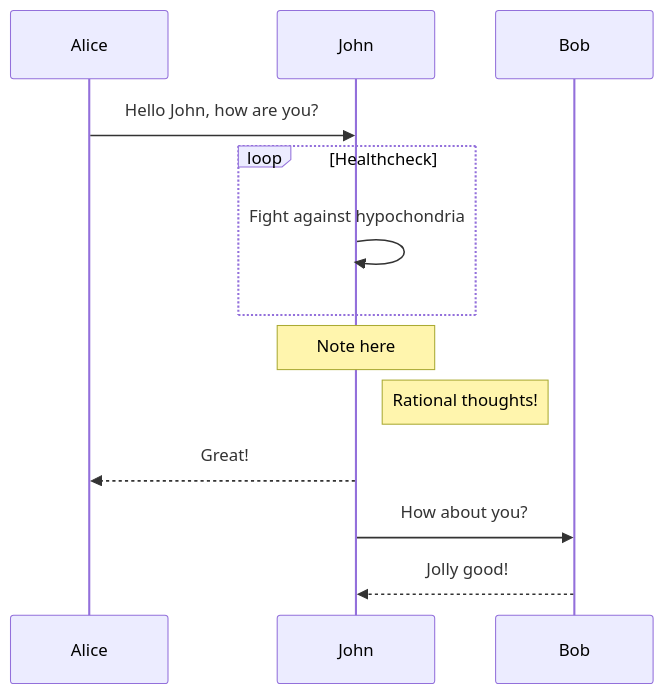
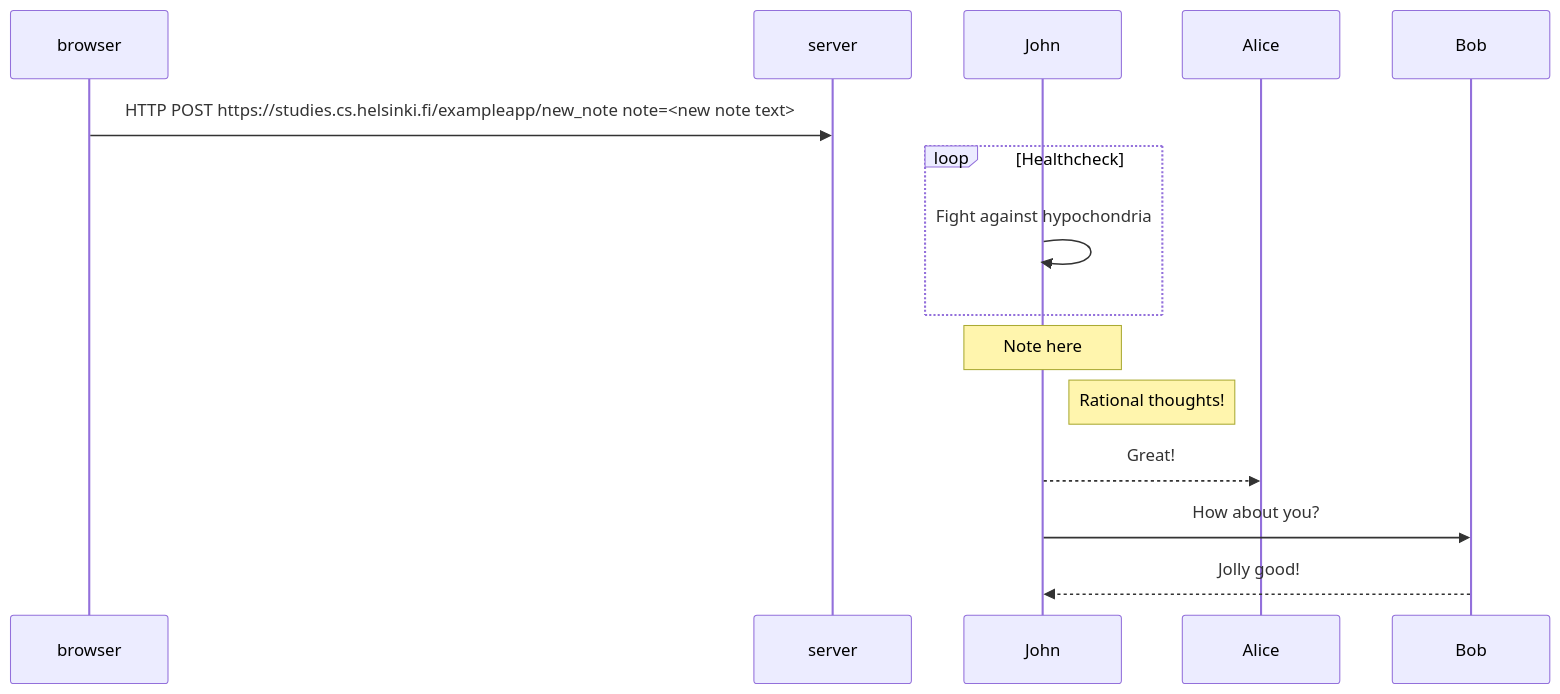
One commit to MikhailZvagelsky/fullstack changed the diagram in part0/0.4-new-note-diagram/diagram.md. Above: the diagram before and after it, drawn with Mermaid.

````diff
--- a/part0/0.4-new-note-diagram/diagram.md
+++ b/part0/0.4-new-note-diagram/diagram.md
@@ -4,12 +4,12 @@
 ```mermaid
 sequenceDiagram
-Alice->>John: Hello John, how are you?
+browser->>server: HTTP POST https://studies.cs.helsinki.fi/exampleapp/new_note note=<new note text>
 loop Healthcheck
     John->>John: Fight against hypochondria
 end
 Note over John: Note here
 Note right of John: Rational thoughts!
 John-->>Alice: Great!
 John->>Bob: How about you?
 Bob-->>John: Jolly good!
 ```
````
